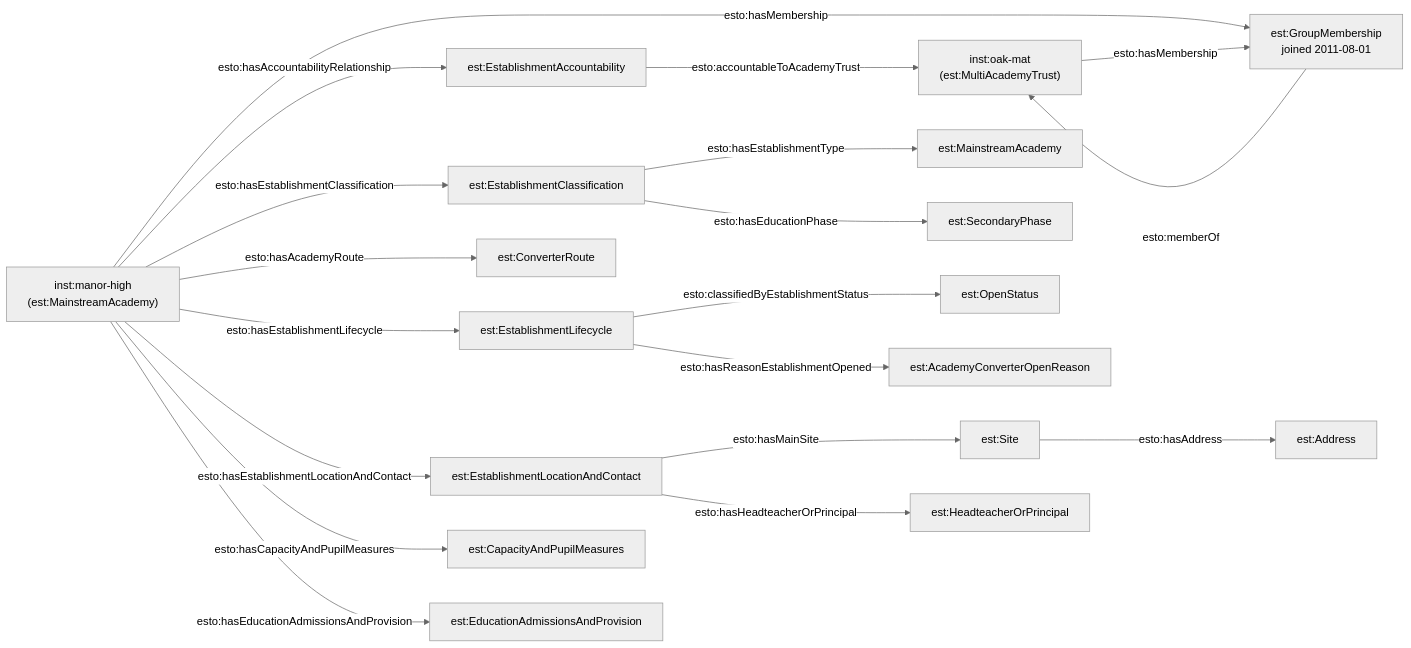
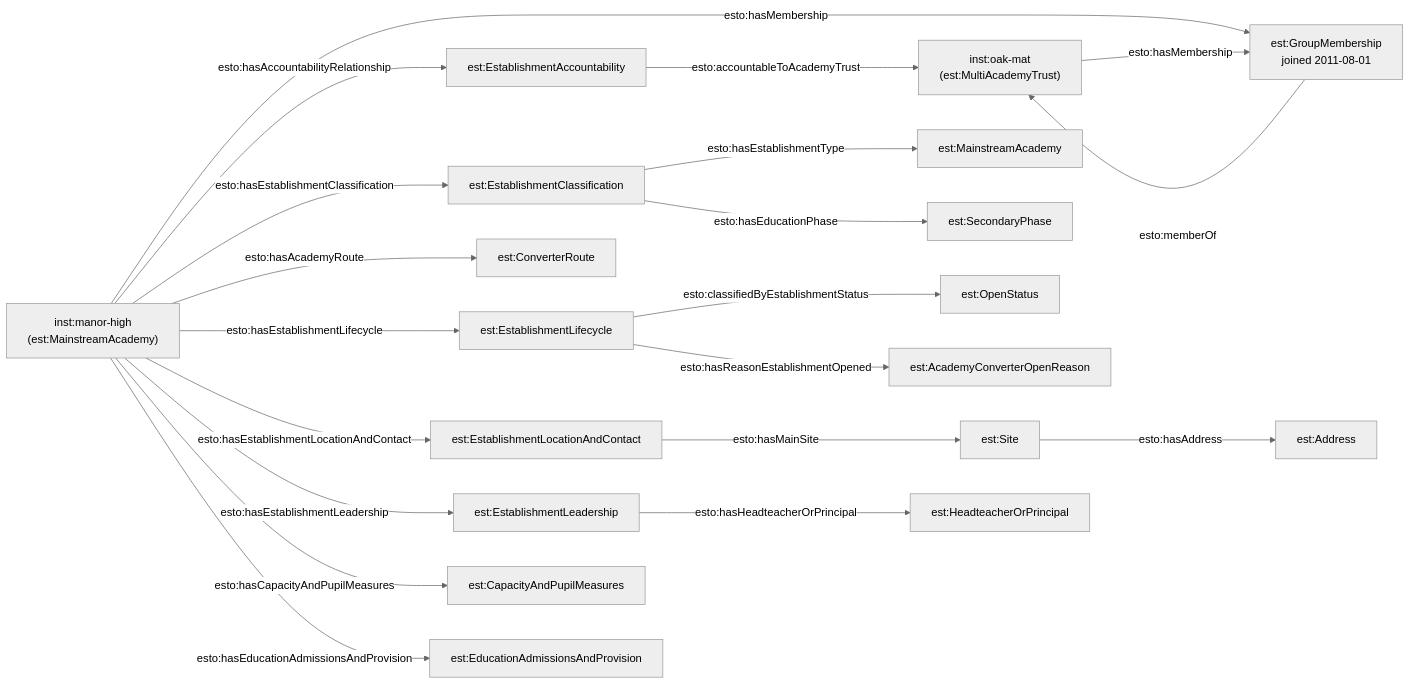
Before and after one commit to DFE-Digital/education-provider-registry-docs: the second of 2 diagrams in docs-site/content/models/establishment/worked-examples/manor-high/index.md, drawn with Mermaid (neutral theme). The commit also changed other lines of this file and 16 other files, not shown here.

````diff
--- a/docs-site/content/models/establishment/worked-examples/manor-high/index.md
+++ b/docs-site/content/models/establishment/worked-examples/manor-high/index.md
@@ -74,29 +74,31 @@
 ```mermaid
 flowchart LR
     AT["inst:oak-mat<br/>(est:MultiAcademyTrust)"]
     MH["inst:manor-high<br/>(est:MainstreamAcademy)"]
 
     AT -->|esto:hasMembership| GM["est:GroupMembership<br/>joined 2011-08-01"]
     GM -->|esto:memberOf| AT
     MH -->|esto:hasMembership| GM
 
     MH -->|esto:hasAccountabilityRelationship| ACC["est:EstablishmentAccountability"]
     ACC -->|esto:accountableToAcademyTrust| AT
 
     MH -->|esto:hasEstablishmentClassification| CL["est:EstablishmentClassification"]
     CL -->|esto:hasEstablishmentType| TY["est:MainstreamAcademy"]
     CL -->|esto:hasEducationPhase| PH["est:SecondaryPhase"]
     MH -->|esto:hasAcademyRoute| RT["est:ConverterRoute"]
 
     MH -->|esto:hasEstablishmentLifecycle| LC["est:EstablishmentLifecycle"]
     LC -->|esto:classifiedByEstablishmentStatus| OS["est:OpenStatus"]
     LC -->|esto:hasReasonEstablishmentOpened| RO["est:AcademyConverterOpenReason"]
 
     MH -->|esto:hasEstablishmentLocationAndContact| LOC["est:EstablishmentLocationAndContact"]
     LOC -->|esto:hasMainSite| SITE["est:Site"]
     SITE -->|esto:hasAddress| ADDR["est:Address"]
-    LOC -->|esto:hasHeadteacherOrPrincipal| HT["est:HeadteacherOrPrincipal"]
+
+    MH -->|esto:hasEstablishmentLeadership| LEAD["est:EstablishmentLeadership"]
+    LEAD -->|esto:hasHeadteacherOrPrincipal| HT["est:HeadteacherOrPrincipal"]
 
     MH -->|esto:hasCapacityAndPupilMeasures| CAP["est:CapacityAndPupilMeasures"]
     MH -->|esto:hasEducationAdmissionsAndProvision| ADM["est:EducationAdmissionsAndProvision"]
 ```
````
